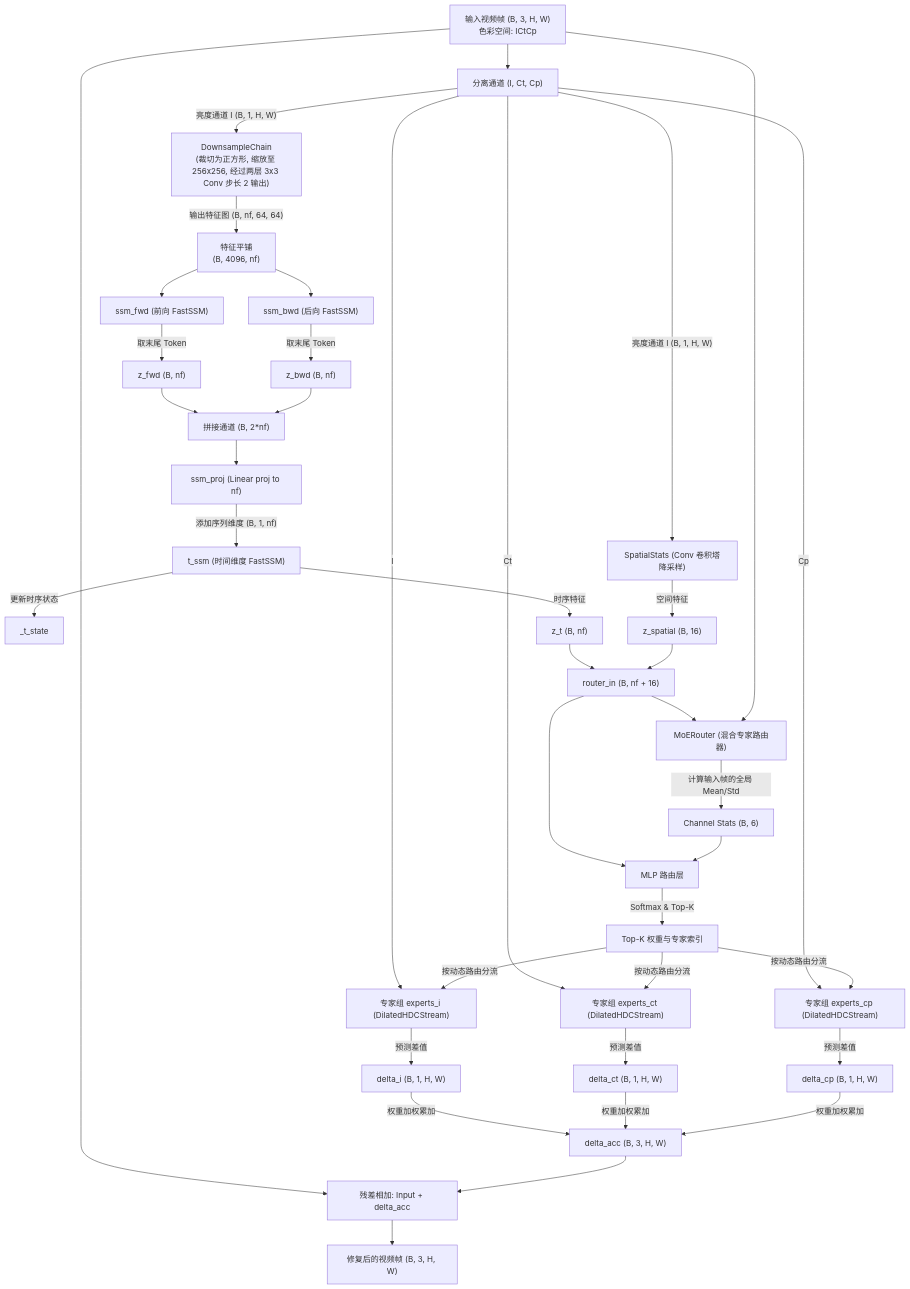
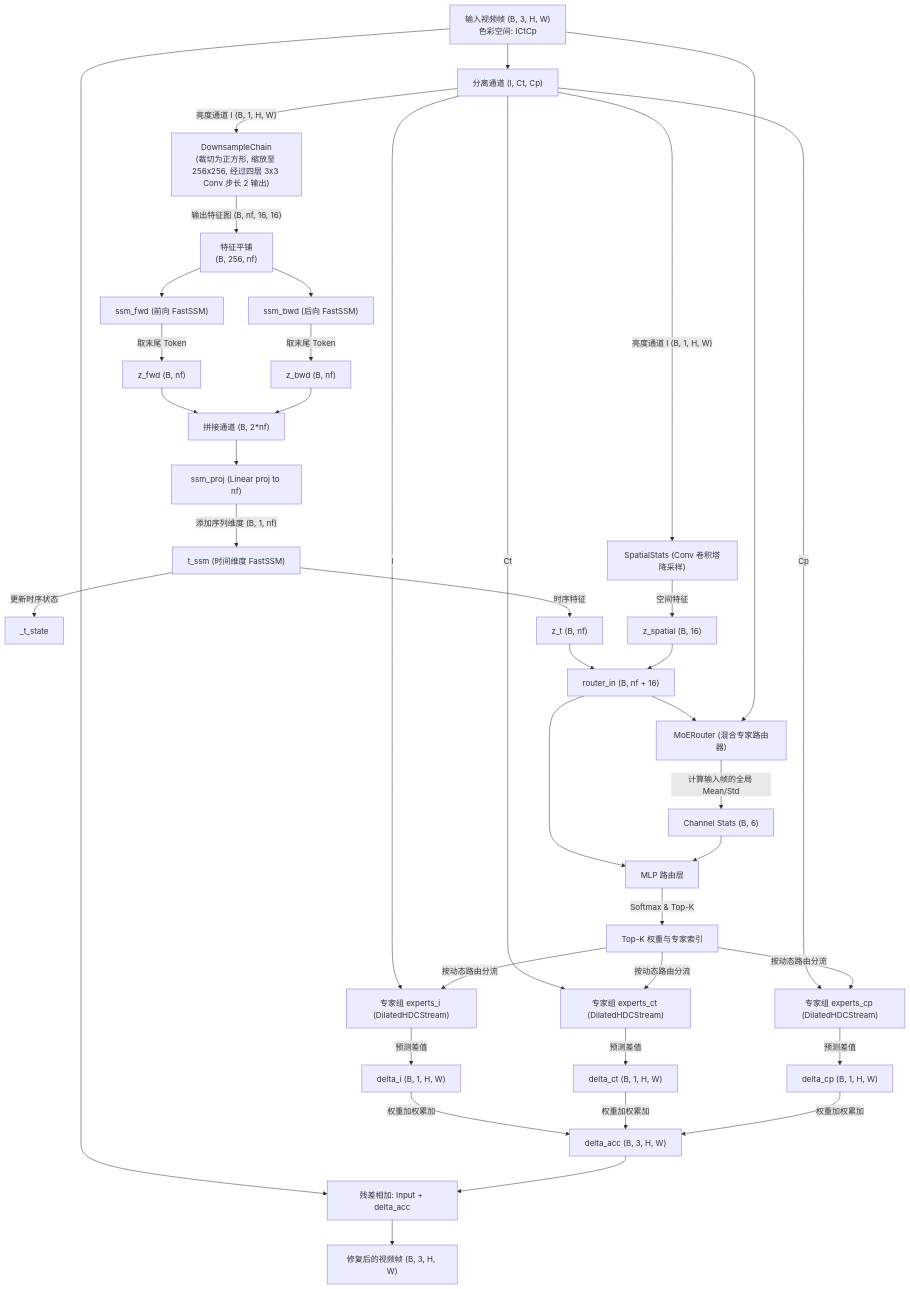
The diagram in docs/model_architecture.md (Ckrvxr/nn_video_timback), drawn with Mermaid before and after one commit. The commit also changed other lines of this file and 2 other files, not shown here.

Commit message:
perf: further downsample SSM to 16x16 and update doc and tiled_infer scripts

````diff
--- a/docs/model_architecture.md
+++ b/docs/model_architecture.md
@@ -11,43 +11,43 @@
 ```mermaid
 graph TD
     %% Input
     Input["输入视频帧 (B, 3, H, W)<br>色彩空间: ICtCp"] --> SplitChannels["分离通道 (I, Ct, Cp)"]
     
     %% Temporal (SSM) Path
-    SplitChannels -->|"亮度通道 I (B, 1, H, W)"| Downsample["DownsampleChain<br>(裁切为正方形, 缩放至 256x256, 经过两层 3x3 Conv 步长 2 输出)"]
-    Downsample -->|"输出特征图 (B, nf, 64, 64)"| Flatten["特征平铺<br>(B, 4096, nf)"]
+    SplitChannels -->|"亮度通道 I (B, 1, H, W)"| Downsample["DownsampleChain<br>(裁切为正方形, 缩放至 256x256, 经过四层 3x3 Conv 步长 2 输出)"]
+    Downsample -->|"输出特征图 (B, nf, 16, 16)"| Flatten["特征平铺<br>(B, 256, nf)"]
     Flatten --> SSMFwd["ssm_fwd (前向 FastSSM)"]
     Flatten --> SSMBwd["ssm_bwd (后向 FastSSM)"]
     SSMFwd -->|"取末尾 Token"| ZFwd["z_fwd (B, nf)"]
     SSMBwd -->|"取末尾 Token"| ZBwd["z_bwd (B, nf)"]
     ZFwd & ZBwd --> CatZ["拼接通道 (B, 2*nf)"] --> SSMProj["ssm_proj (Linear proj to nf)"]
     SSMProj -->|"添加序列维度 (B, 1, nf)"| TSsm["t_ssm (时间维度 FastSSM)"]
     TSsm -->|"更新时序状态"| TState["_t_state"]
     TSsm -->|"时序特征"| ZT["z_t (B, nf)"]
     
     %% Spatial Path
     SplitChannels -->|"亮度通道 I (B, 1, H, W)"| SpatialStats["SpatialStats (Conv 卷积塔降采样)" ]
     SpatialStats -->|"空间特征"| ZSpatial["z_spatial (B, 16)"]
     
     %% Router
     ZT & ZSpatial --> RouterIn["router_in (B, nf + 16)"]
     RouterIn & Input --> MoERouter["MoERouter (混合专家路由器)"]
     MoERouter -->|"计算输入帧的全局 Mean/Std"| ChannelStats["Channel Stats (B, 6)"]
     RouterIn & ChannelStats --> MLP["MLP 路由层"] -->|"Softmax & Top-K"| ExpertSelect["Top-K 权重与专家索引"]
     
     %% Experts (MoE)
     SplitChannels -->|"I"| ExpertsI["专家组 experts_i (DilatedHDCStream)"]
     SplitChannels -->|"Ct"| ExpertsCt["专家组 experts_ct (DilatedHDCStream)"]
     SplitChannels -->|"Cp"| ExpertsCp["专家组 experts_cp (DilatedHDCStream)"]
     
     ExpertSelect -->|"按动态路由分流"| ExpertsI & ExpertsCt & ExpertsCp
     
     ExpertsI -->|"预测差值"| DeltaI["delta_i (B, 1, H, W)"]
     ExpertsCt -->|"预测差值"| DeltaCt["delta_ct (B, 1, H, W)"]
     ExpertsCp -->|"预测差值"| DeltaCp["delta_cp (B, 1, H, W)"]
     
     DeltaI & DeltaCt & DeltaCp -->|"权重加权累加"| DeltaAcc["delta_acc (B, 3, H, W)"]
     
     %% Output
     Input & DeltaAcc --> Add["残差相加: Input + delta_acc"] --> Output["修复后的视频帧 (B, 3, H, W)"]
 ```
````
